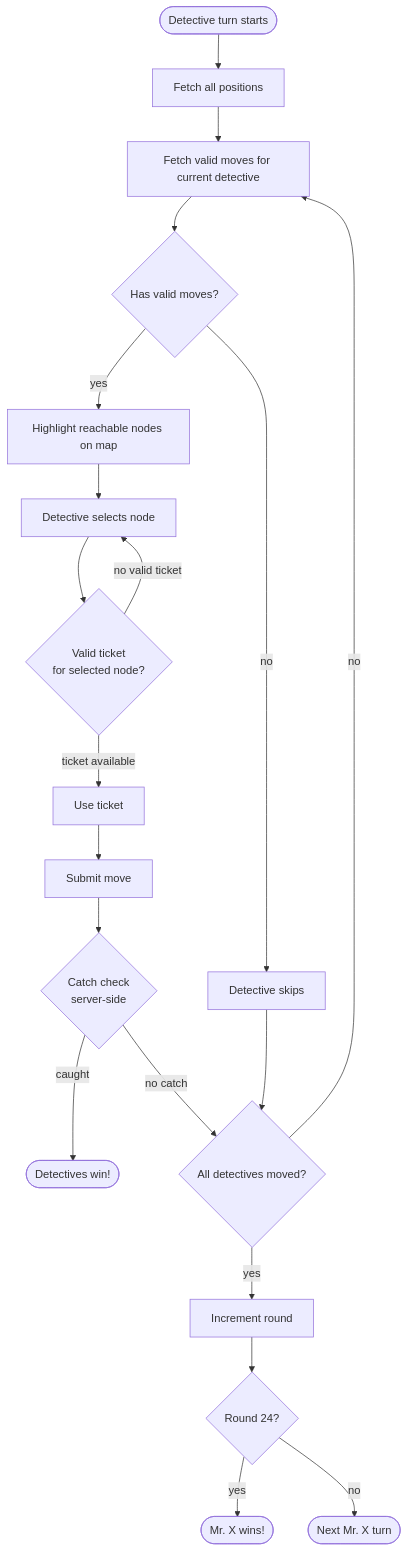
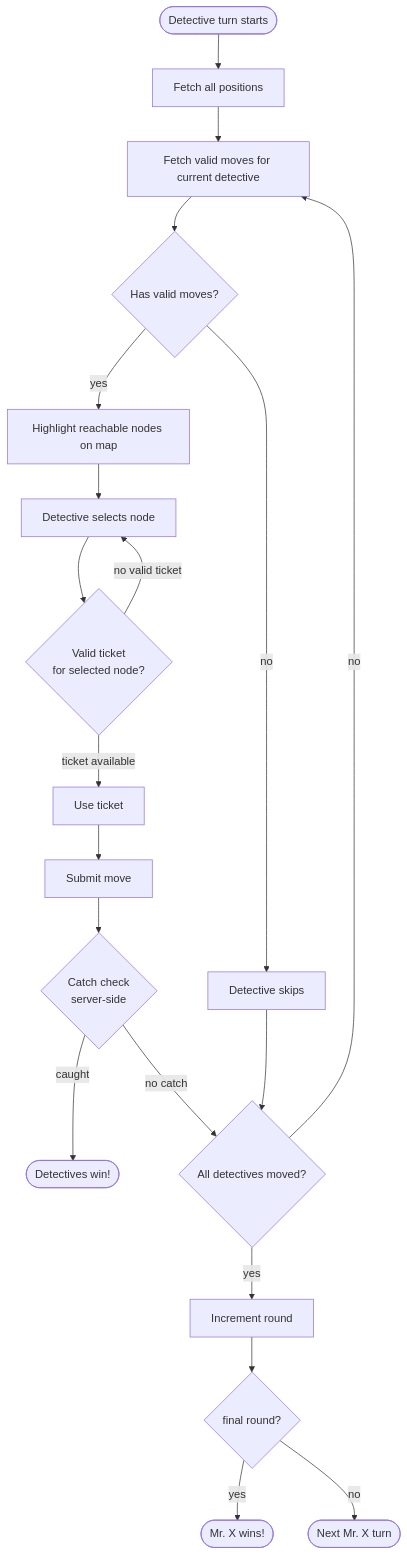
Before and after one commit to Ming-Bao/Scotland-Yard: the third of 3 diagrams in documentation/plans/flowcharts.md, drawn with Mermaid. The commit also changed other lines of this file, not shown here.

Commit message:
changed round 24 to final round in flowchart

````diff
--- a/documentation/plans/flowcharts.md
+++ b/documentation/plans/flowcharts.md
@@ -56,23 +56,23 @@
 ``` mermaid
 flowchart TD
     A([Detective turn starts]) --> B[Fetch all positions]
     B --> C[Fetch valid moves for current detective]
     C --> D{Has valid moves?}
     D -- no --> E[Detective skips]
     D -- yes --> F[Highlight reachable nodes on map]
     F --> G[Detective selects node]
     G --> H{Valid ticket\nfor selected node?}
     H -- no valid ticket --> G
     H -- ticket available --> I[Use ticket]
     I --> J[Submit move]
     J --> K{Catch check\nserver-side}
     K -- caught --> L([Detectives win!])
     K -- no catch --> M{All detectives moved?}
     E --> M
     M -- no --> C
     M -- yes --> N[Increment round]
-    N --> O{Round 24?}
+    N --> O{final round?}
     O -- yes --> P([Mr. X wins!])
     O -- no --> Q([Next Mr. X turn])
   
 ```
````
